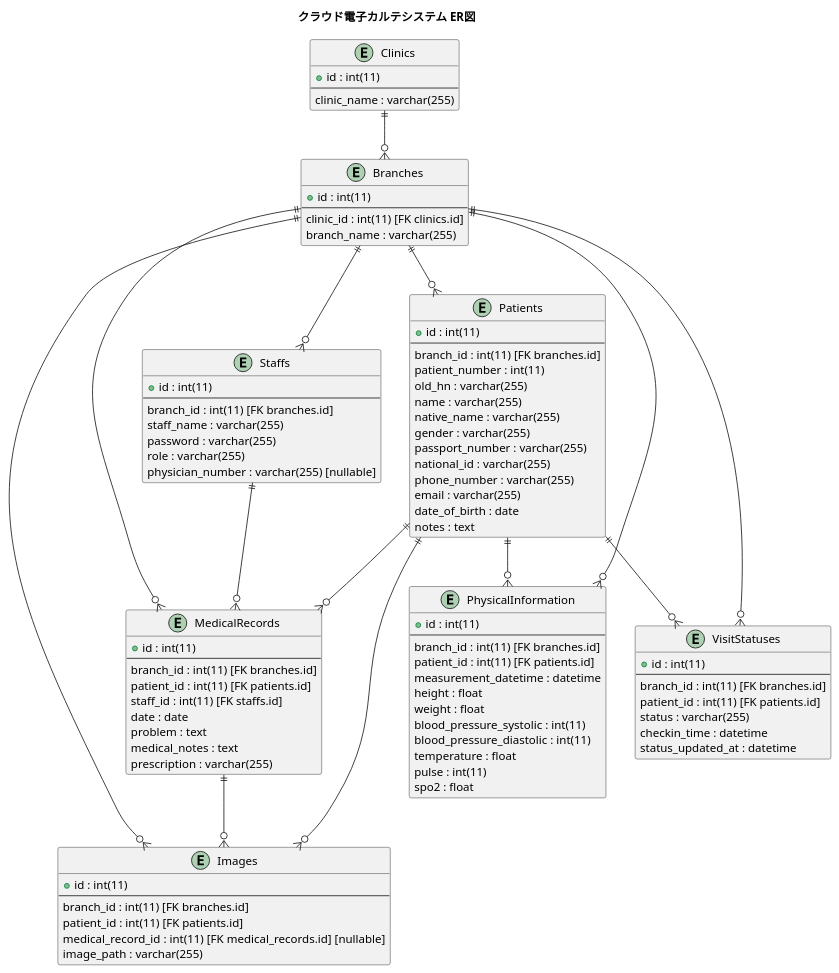
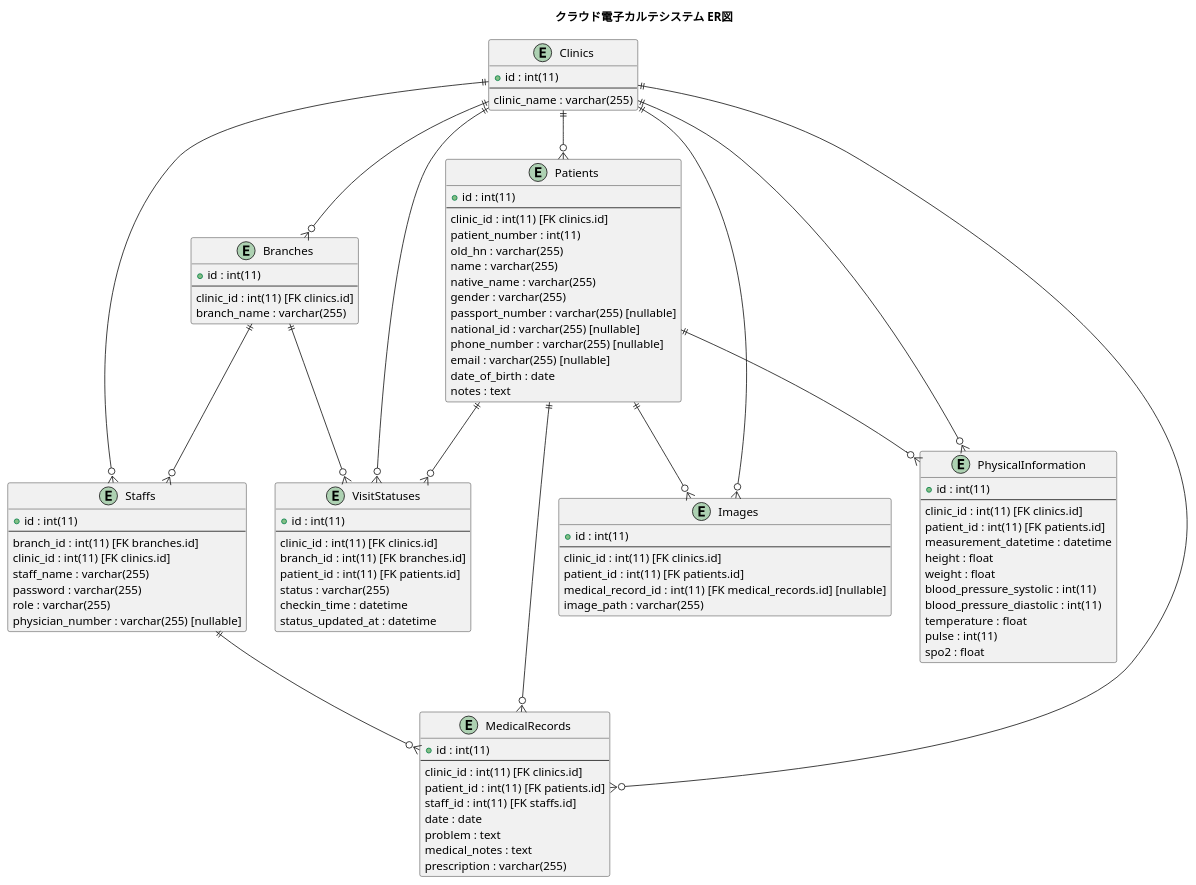
One commit to kaneconet/MDX changed the diagram in documents/database.puml. Above: the diagram before and after it, drawn with PlantUML. The commit also changed 1 other file, not shown here.

Commit message:
Update database diagram

```diff
--- a/documents/database.puml
+++ b/documents/database.puml
@@ -1,104 +1,107 @@
 @startuml
 title クラウド電子カルテシステム ER図
 
 entity "Clinics" as clinics {
   + id : int(11)
   ---
   clinic_name : varchar(255)
 }
 
 entity "Branches" as branches {
   + id : int(11)
   ---
   clinic_id : int(11) [FK clinics.id]
   branch_name : varchar(255)
 }
 
 entity "Staffs" as staffs {
   + id : int(11)
   ---
   branch_id : int(11) [FK branches.id]
+  clinic_id : int(11) [FK clinics.id]
   staff_name : varchar(255)
   password : varchar(255)
   role : varchar(255)
   physician_number : varchar(255) [nullable]
 }
 
 entity "Patients" as patients {
   + id : int(11)
   ---
-  branch_id : int(11) [FK branches.id]
+  clinic_id : int(11) [FK clinics.id]
   patient_number : int(11)
   old_hn : varchar(255)
   name : varchar(255)
   native_name : varchar(255)
   gender : varchar(255)
-  passport_number : varchar(255)
-  national_id : varchar(255)
-  phone_number : varchar(255)
-  email : varchar(255)
+  passport_number : varchar(255) [nullable]
+  national_id : varchar(255) [nullable]
+  phone_number : varchar(255) [nullable]
+  email : varchar(255) [nullable]
   date_of_birth : date
   notes : text
 }
 
 entity "MedicalRecords" as medical_records {
   + id : int(11)
   ---
-  branch_id : int(11) [FK branches.id]
+  clinic_id : int(11) [FK clinics.id]
   patient_id : int(11) [FK patients.id]
   staff_id : int(11) [FK staffs.id]
   date : date
   problem : text
   medical_notes : text
   prescription : varchar(255)
 }
 
 entity "Images" as images {
   + id : int(11)
   ---
-  branch_id : int(11) [FK branches.id]
+  clinic_id : int(11) [FK clinics.id]
   patient_id : int(11) [FK patients.id]
   medical_record_id : int(11) [FK medical_records.id] [nullable]
   image_path : varchar(255)
 }
 
 entity "PhysicalInformation" as physical_information {
   + id : int(11)
   ---
-  branch_id : int(11) [FK branches.id]
+  clinic_id : int(11) [FK clinics.id]
   patient_id : int(11) [FK patients.id]
   measurement_datetime : datetime
   height : float
   weight : float
   blood_pressure_systolic : int(11)
   blood_pressure_diastolic : int(11)
   temperature : float
   pulse : int(11)
   spo2 : float
 }
 
 entity "VisitStatuses" as visit_statuses {
   + id : int(11)
   ---
+  clinic_id : int(11) [FK clinics.id]
   branch_id : int(11) [FK branches.id]
   patient_id : int(11) [FK patients.id]
   status : varchar(255)
   checkin_time : datetime
   status_updated_at : datetime
 }
 
 clinics ||--o{ branches
+clinics ||--o{ staffs
+clinics ||--o{ patients
+clinics ||--o{ medical_records
+clinics ||--o{ images
+clinics ||--o{ physical_information
+clinics ||--o{ visit_statuses
 branches ||--o{ staffs
-branches ||--o{ patients
-branches ||--o{ medical_records
-branches ||--o{ images
-branches ||--o{ physical_information
 branches ||--o{ visit_statuses
-staffs ||--o{ medical_records
 patients ||--o{ medical_records
-medical_records ||--o{ images
 patients ||--o{ images
 patients ||--o{ physical_information
 patients ||--o{ visit_statuses
+staffs ||--o{ medical_records
 
 @enduml
```
